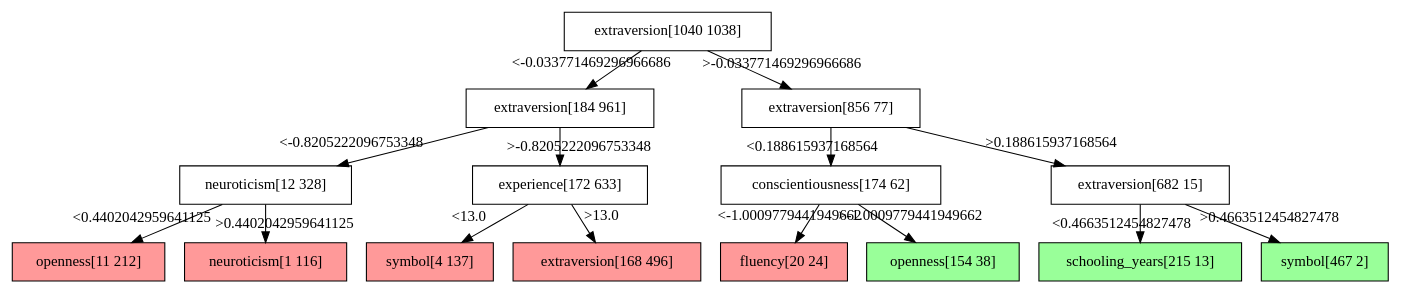
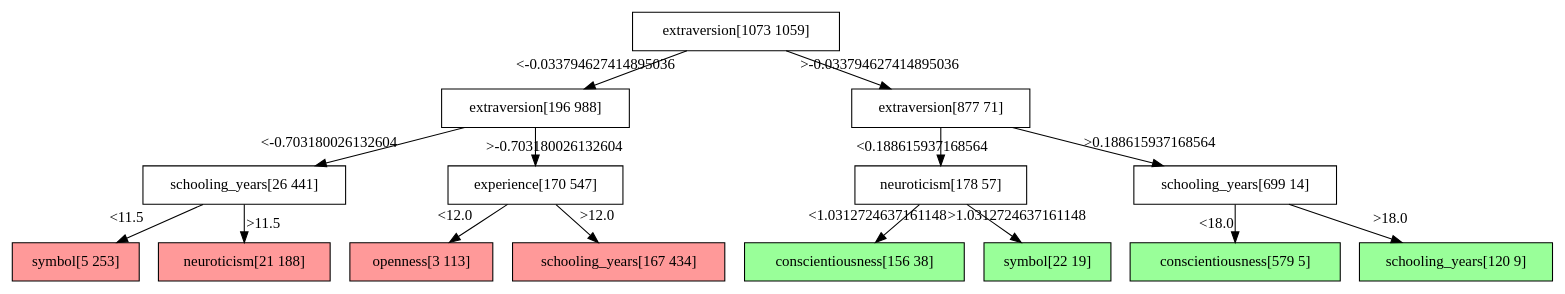
One commit to Poojabl26/Programming-Project changed the diagram in skills_and_wages/bld/out/analysis/decision_tree.dot. Above: the diagram before and after it, drawn with Graphviz. The commit also changed 21 other files, not shown here.

```diff
--- a/skills_and_wages/bld/out/analysis/decision_tree.dot
+++ b/skills_and_wages/bld/out/analysis/decision_tree.dot
@@ -1,32 +1,32 @@
 digraph Tree {
 node [shape=box, style="filled", color="black"] ;
-0 [ label="extraversion[1040 1038]" , fillcolor="#ffffff"] ;
-1 [ label="extraversion[184 961]" , fillcolor="#ffffff"] ;
-0->1 [labeldistance=2.5, labelangle=45, headlabel="<-0.033771469296966686"] ;
-3 [ label="neuroticism[12 328]" , fillcolor="#ffffff"] ;
-1->3 [labeldistance=2.5, labelangle=45, headlabel="<-0.8205222096753348"] ;
-5 [ label="openness[11 212]" , fillcolor="#ff9999"] ;
-3->5 [labeldistance=2.5, labelangle=45, headlabel="<0.4402042959641125"] ;
-6 [ label="neuroticism[1 116]" , fillcolor="#ff9999"] ;
-3->6 [labeldistance=2.5, labelangle=-45, headlabel=">0.4402042959641125"] ;
-4 [ label="experience[172 633]" , fillcolor="#ffffff"] ;
-1->4 [labeldistance=2.5, labelangle=-45, headlabel=">-0.8205222096753348"] ;
-7 [ label="symbol[4 137]" , fillcolor="#ff9999"] ;
-4->7 [labeldistance=2.5, labelangle=45, headlabel="<13.0"] ;
-8 [ label="extraversion[168 496]" , fillcolor="#ff9999"] ;
-4->8 [labeldistance=2.5, labelangle=-45, headlabel=">13.0"] ;
-2 [ label="extraversion[856 77]" , fillcolor="#ffffff"] ;
-0->2 [labeldistance=2.5, labelangle=-45, headlabel=">-0.033771469296966686"] ;
-9 [ label="conscientiousness[174 62]" , fillcolor="#ffffff"] ;
+0 [ label="extraversion[1073 1059]" , fillcolor="#ffffff"] ;
+1 [ label="extraversion[196 988]" , fillcolor="#ffffff"] ;
+0->1 [labeldistance=2.5, labelangle=45, headlabel="<-0.033794627414895036"] ;
+3 [ label="schooling_years[26 441]" , fillcolor="#ffffff"] ;
+1->3 [labeldistance=2.5, labelangle=45, headlabel="<-0.703180026132604"] ;
+5 [ label="symbol[5 253]" , fillcolor="#ff9999"] ;
+3->5 [labeldistance=2.5, labelangle=45, headlabel="<11.5"] ;
+6 [ label="neuroticism[21 188]" , fillcolor="#ff9999"] ;
+3->6 [labeldistance=2.5, labelangle=-45, headlabel=">11.5"] ;
+4 [ label="experience[170 547]" , fillcolor="#ffffff"] ;
+1->4 [labeldistance=2.5, labelangle=-45, headlabel=">-0.703180026132604"] ;
+7 [ label="openness[3 113]" , fillcolor="#ff9999"] ;
+4->7 [labeldistance=2.5, labelangle=45, headlabel="<12.0"] ;
+8 [ label="schooling_years[167 434]" , fillcolor="#ff9999"] ;
+4->8 [labeldistance=2.5, labelangle=-45, headlabel=">12.0"] ;
+2 [ label="extraversion[877 71]" , fillcolor="#ffffff"] ;
+0->2 [labeldistance=2.5, labelangle=-45, headlabel=">-0.033794627414895036"] ;
+9 [ label="neuroticism[178 57]" , fillcolor="#ffffff"] ;
 2->9 [labeldistance=2.5, labelangle=45, headlabel="<0.188615937168564"] ;
-11 [ label="fluency[20 24]" , fillcolor="#ff9999"] ;
-9->11 [labeldistance=2.5, labelangle=45, headlabel="<-1.0009779441949662"] ;
-12 [ label="openness[154 38]" , fillcolor="#99ff99"] ;
-9->12 [labeldistance=2.5, labelangle=-45, headlabel=">-1.0009779441949662"] ;
-10 [ label="extraversion[682 15]" , fillcolor="#ffffff"] ;
+11 [ label="conscientiousness[156 38]" , fillcolor="#99ff99"] ;
+9->11 [labeldistance=2.5, labelangle=45, headlabel="<1.0312724637161148"] ;
+12 [ label="symbol[22 19]" , fillcolor="#99ff99"] ;
+9->12 [labeldistance=2.5, labelangle=-45, headlabel=">1.0312724637161148"] ;
+10 [ label="schooling_years[699 14]" , fillcolor="#ffffff"] ;
 2->10 [labeldistance=2.5, labelangle=-45, headlabel=">0.188615937168564"] ;
-13 [ label="schooling_years[215 13]" , fillcolor="#99ff99"] ;
-10->13 [labeldistance=2.5, labelangle=45, headlabel="<0.4663512454827478"] ;
-14 [ label="symbol[467 2]" , fillcolor="#99ff99"] ;
-10->14 [labeldistance=2.5, labelangle=-45, headlabel=">0.4663512454827478"] ;
+13 [ label="conscientiousness[579 5]" , fillcolor="#99ff99"] ;
+10->13 [labeldistance=2.5, labelangle=45, headlabel="<18.0"] ;
+14 [ label="schooling_years[120 9]" , fillcolor="#99ff99"] ;
+10->14 [labeldistance=2.5, labelangle=-45, headlabel=">18.0"] ;
 }
```
